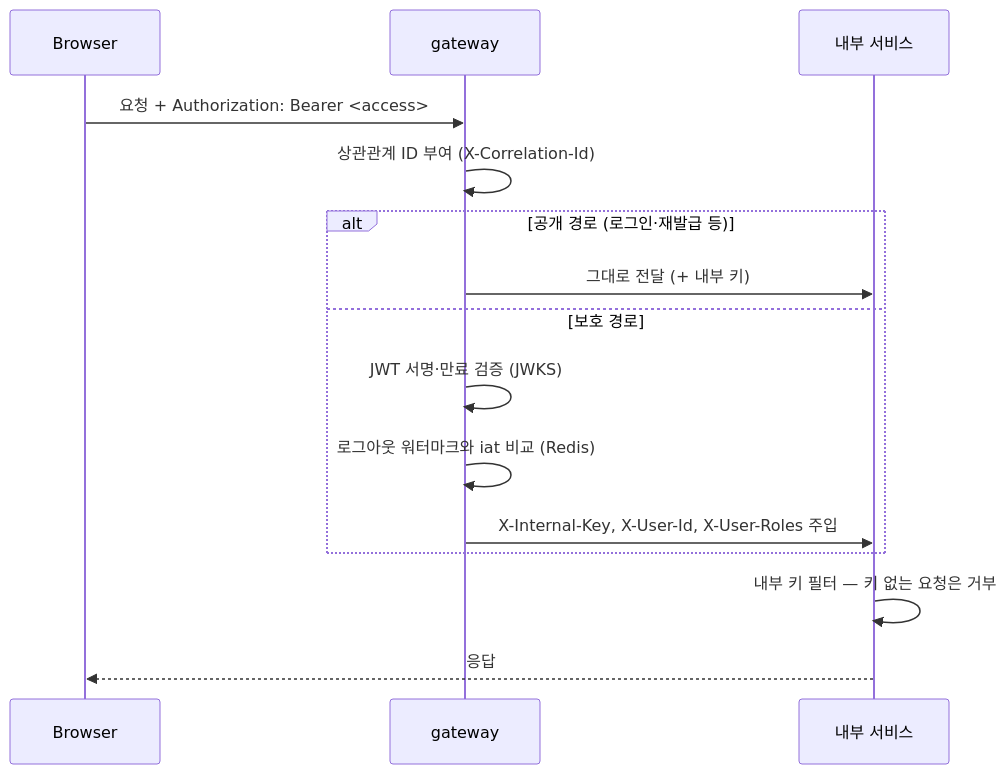
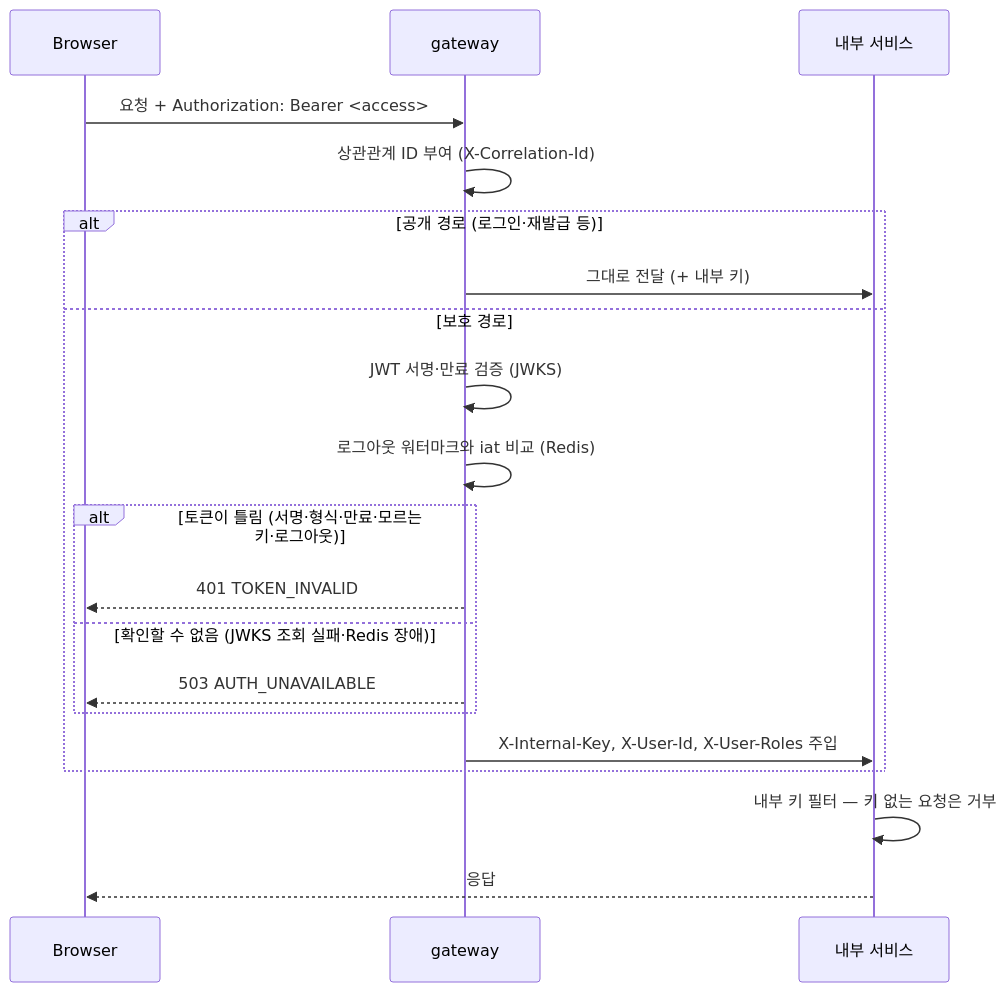
Before and after one commit to bbbbb0413/org-decision-history: the second of 7 diagrams in docs/아키텍처_및_요청흐름.md, drawn with Mermaid. The commit also changed other lines of this file and 191 other files, not shown here.

````diff
--- a/docs/아키텍처_및_요청흐름.md
+++ b/docs/아키텍처_및_요청흐름.md
@@ -74,18 +76,23 @@
 ```mermaid
 sequenceDiagram
     participant C as Browser
     participant G as gateway
     participant S as 내부 서비스
 
     C->>G: 요청 + Authorization: Bearer <access>
     G->>G: 상관관계 ID 부여 (X-Correlation-Id)
     alt 공개 경로 (로그인·재발급 등)
         G->>S: 그대로 전달 (+ 내부 키)
     else 보호 경로
         G->>G: JWT 서명·만료 검증 (JWKS)
         G->>G: 로그아웃 워터마크와 iat 비교 (Redis)
+        alt 토큰이 틀림 (서명·형식·만료·모르는 키·로그아웃)
+            G-->>C: 401 TOKEN_INVALID
+        else 확인할 수 없음 (JWKS 조회 실패·Redis 장애)
+            G-->>C: 503 AUTH_UNAVAILABLE
+        end
         G->>S: X-Internal-Key, X-User-Id, X-User-Roles 주입
     end
     S->>S: 내부 키 필터 — 키 없는 요청은 거부
     S-->>C: 응답
 ```
````
